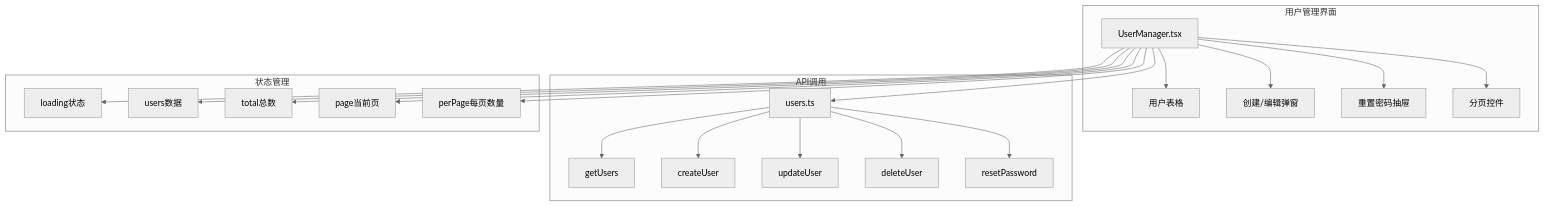
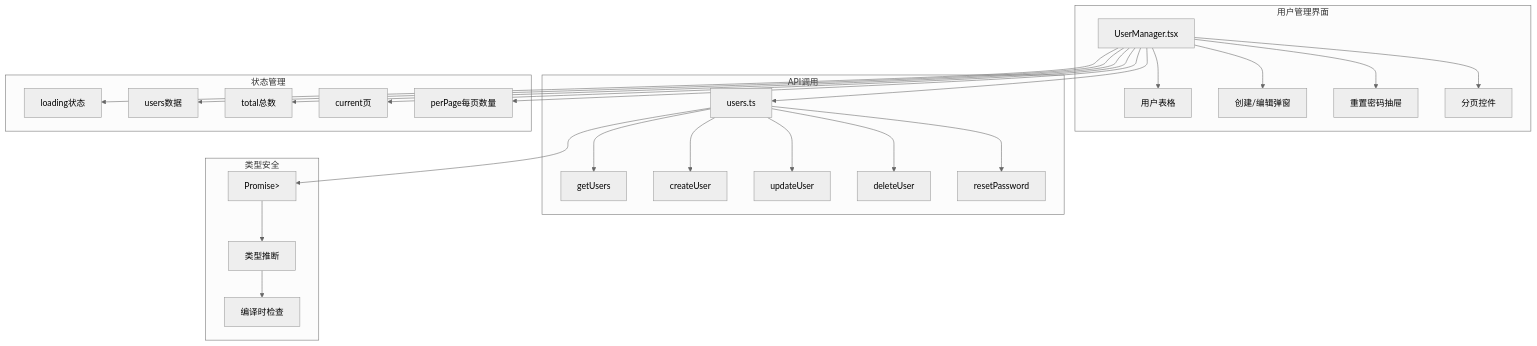
One commit to wyg5208/website_diy changed the ninth of 12 diagrams in .qoder/repowiki/zh/content/API接口文档/用户管理API.md. Above: the diagram before and after it, drawn with Mermaid (neutral theme). The commit also changed other lines of this file and 7 other files, not shown here.

````diff
--- a/.qoder/repowiki/zh/content/API接口文档/用户管理API.md
+++ b/.qoder/repowiki/zh/content/API接口文档/用户管理API.md
@@ -307,29 +316,37 @@
 ```mermaid
 graph TB
 subgraph "用户管理界面"
 A[UserManager.tsx] --> B[用户表格]
 A --> C[创建/编辑弹窗]
 A --> D[重置密码抽屉]
 A --> E[分页控件]
 end
 subgraph "API调用"
 F[users.ts] --> G[getUsers]
 F --> H[createUser]
 F --> I[updateUser]
 F --> J[deleteUser]
 F --> K[resetPassword]
 end
+subgraph "类型安全"
+L[Promise<ApiResponse<any>>]
+M[类型推断]
+N[编译时检查]
+end
 subgraph "状态管理"
-L[loading状态]
-M[users数据]
-N[total总数]
-O[page当前页]
-P[perPage每页数量]
+O[loading状态]
+P[users数据]
+Q[total总数]
+R[current页]
+S[perPage每页数量]
 end
 A --> F
-A --> L
-A --> M
-A --> N
+F --> L
+L --> M
+M --> N
 A --> O
 A --> P
+A --> Q
+A --> R
+A --> S
 ```
````
